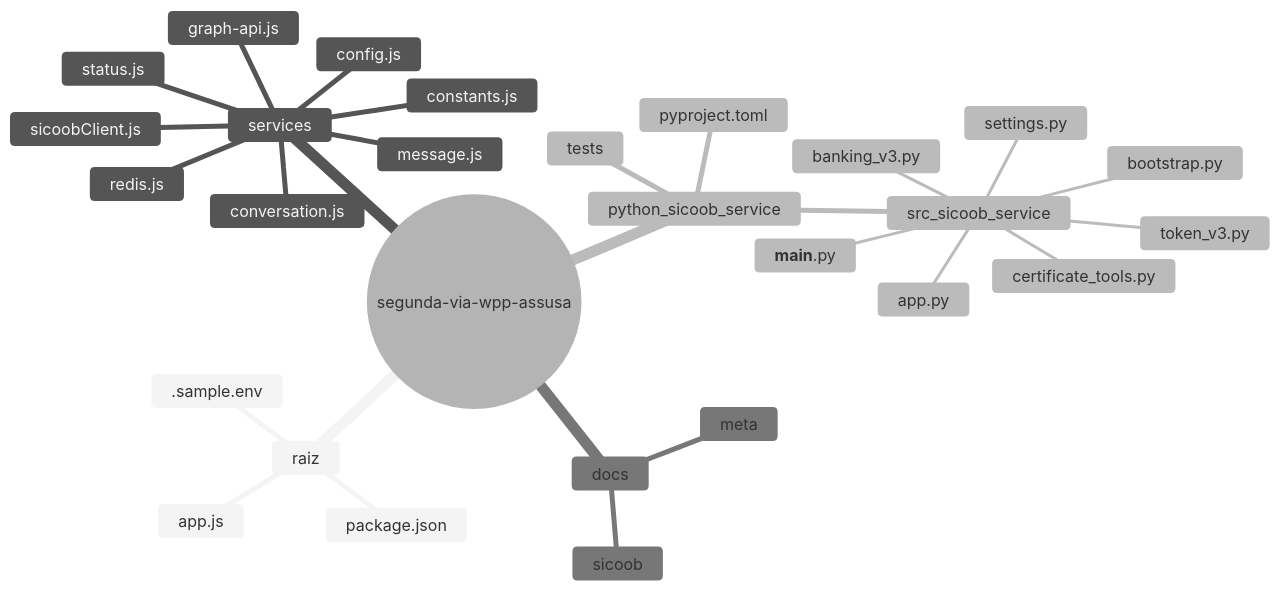
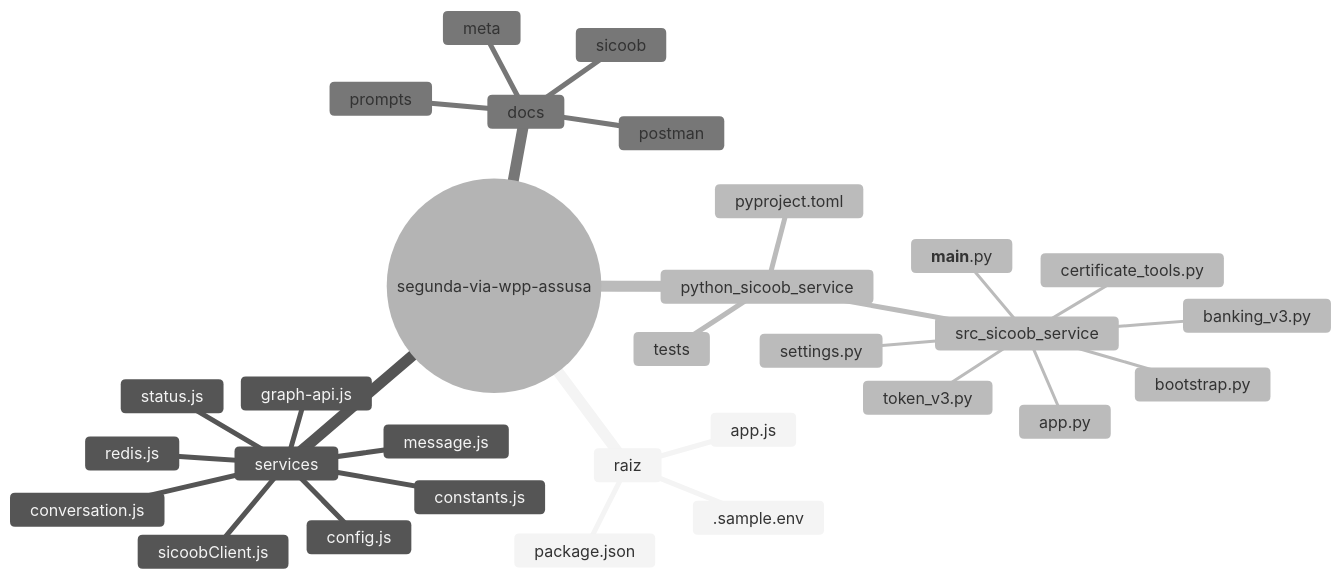
The first of 3 diagrams in docs/ARCHITECTURE.md (joaovianaamr/Assusa), drawn with Mermaid (neutral theme) before and after one commit. The commit also changed 35 other files, not shown here.

````diff
--- a/docs/ARCHITECTURE.md
+++ b/docs/ARCHITECTURE.md
@@ -9,31 +9,33 @@
 ```mermaid
 mindmap
   root((segunda-via-wpp-assusa))
     raiz
       package.json
       app.js
       .sample.env
     services
       config.js
       constants.js
       conversation.js
       graph-api.js
       message.js
       status.js
       redis.js
       sicoobClient.js
     python_sicoob_service
       pyproject.toml
       src_sicoob_service
         app.py
         bootstrap.py
         settings.py
         banking_v3.py
         token_v3.py
         certificate_tools.py
         __main__.py
       tests
     docs
       meta
       sicoob
+      postman
+      prompts
 ```
````
